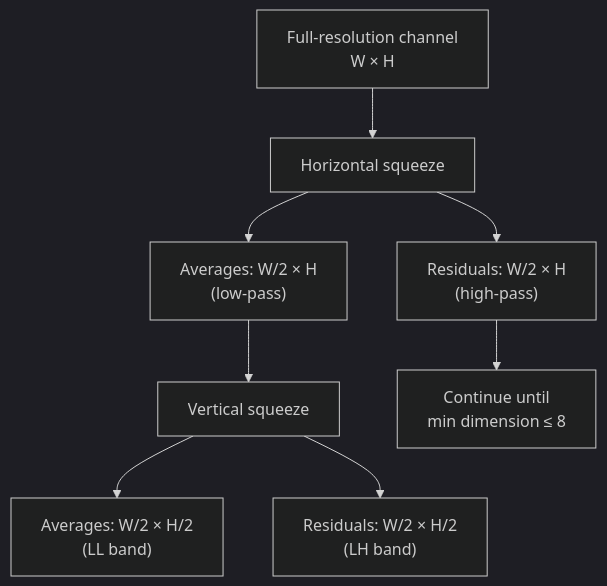
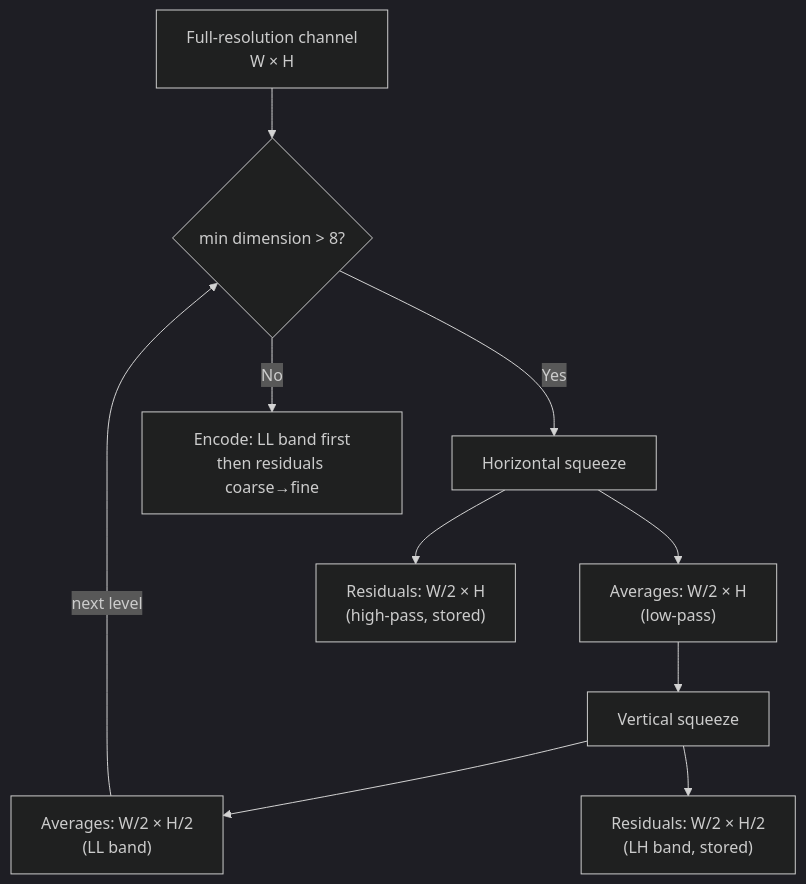
One commit to imazen/libjxl changed the diagram in docs/src/modular/squeeze.md. Above: the diagram before and after it, drawn with Mermaid (dark theme). The commit also changed 6 other files, not shown here.

First line of the commit message:
docs: fix 7 Mermaid diagrams to show loops, subgraphs, and decisions

````diff
--- a/docs/src/modular/squeeze.md
+++ b/docs/src/modular/squeeze.md
@@ -3,10 +3,12 @@
 ```mermaid
 flowchart TD
-    CH["Full-resolution channel<br/>W × H"] --> HSQZ["Horizontal squeeze"]
+    CH["Full-resolution channel<br/>W × H"] --> CHECK{"min dimension > 8?"}
+    CHECK -->|Yes| HSQZ["Horizontal squeeze"]
     HSQZ --> AVG_H["Averages: W/2 × H<br/>(low-pass)"]
-    HSQZ --> RES_H["Residuals: W/2 × H<br/>(high-pass)"]
+    HSQZ --> RES_H["Residuals: W/2 × H<br/>(high-pass, stored)"]
     AVG_H --> VSQZ["Vertical squeeze"]
     VSQZ --> AVG_HV["Averages: W/2 × H/2<br/>(LL band)"]
-    VSQZ --> RES_V["Residuals: W/2 × H/2<br/>(LH band)"]
-    RES_H --> NEXT["Continue until<br/>min dimension ≤ 8"]
+    VSQZ --> RES_V["Residuals: W/2 × H/2<br/>(LH band, stored)"]
+    AVG_HV -->|"next level"| CHECK
+    CHECK -->|No| DONE["Encode: LL band first<br/>then residuals coarse→fine"]
 ```
````
